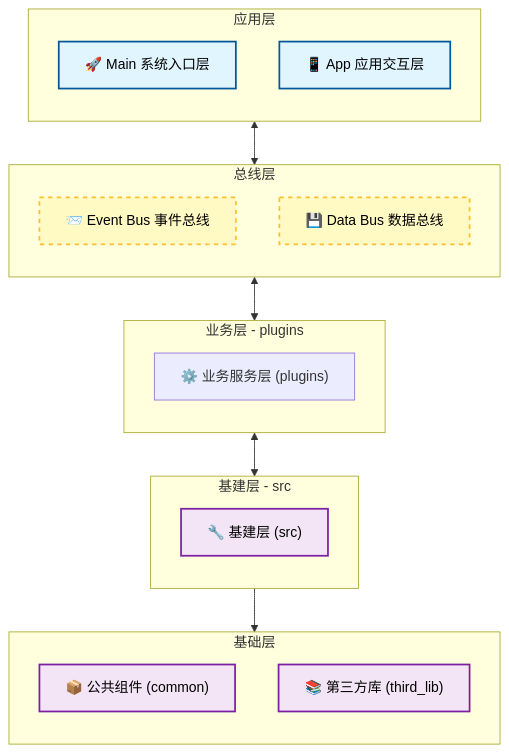
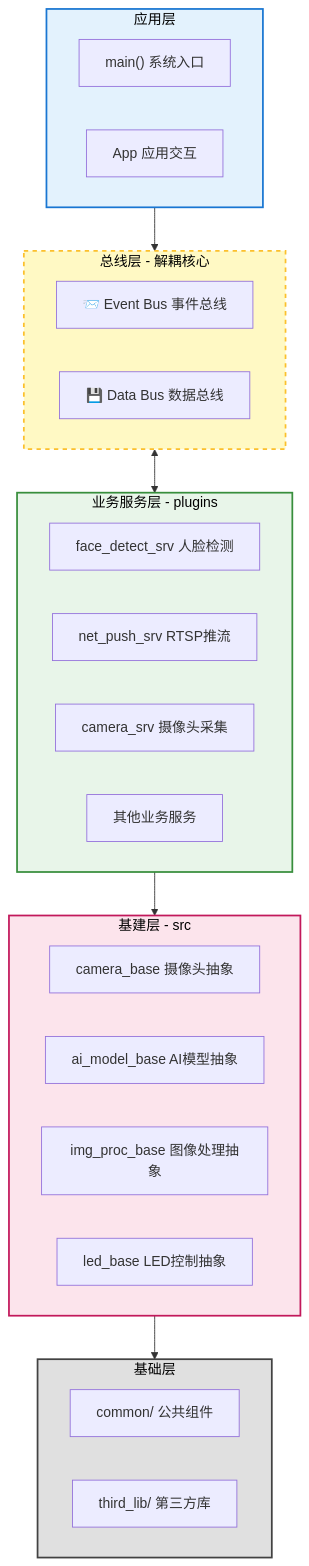
One commit to zhihong1469/plug-lens changed the first of 3 diagrams in docs/architecture.md. Above: the diagram before and after it, drawn with Mermaid. The commit also changed other lines of this file and 22 other files, not shown here.

````diff
--- a/docs/architecture.md
+++ b/docs/architecture.md
@@ -20,57 +23,64 @@
 ```mermaid
 flowchart TD
-    %% 1. 定义样式
-    classDef layer fill:#e1f5fe,stroke:#01579b,stroke-width:2px,color:#000;
-    classDef bus fill:#fff9c4,stroke:#fbc02d,stroke-width:2px,color:#000,stroke-dasharray: 5 5;
-    classDef core fill:#f3e5f5,stroke:#7b1fa2,stroke-width:2px,color:#000;
+    %% 样式定义
+    classDef appLayer fill:#e3f2fd,stroke:#1976d2,stroke-width:2px,color:#000;
+    classDef busLayer fill:#fff9c4,stroke:#fbc02d,stroke-width:2px,color:#000,stroke-dasharray: 5 5;
+    classDef serviceLayer fill:#e8f5e9,stroke:#388e3c,stroke-width:2px,color:#000;
+    classDef infraLayer fill:#fce4ec,stroke:#c2185b,stroke-width:2px,color:#000;
+    classDef baseLayer fill:#e0e0e0,stroke:#424242,stroke-width:2px,color:#000;
 
-    %% 2. 定义节点
-    A["🚀 Main 系统入口层"]
-    B["📱 App 应用交互层"]
-    C["📨 Event Bus 事件总线"]
-    Z["⚙️ 业务服务层 (plugins)"]
-    D["💾 Data Bus 数据总线"]
-    E["🔧 基建层 (src)"]
-    F["📦 公共组件 (common)"]
-    G["📚 第三方库 (third_lib)"]
+    %% 应用层 (Application Layer)
+    subgraph AppLayer [应用层]
+        direction LR
+        A1["main() 系统入口"]
+        A2["App 应用交互"]
+    end
+    
+    %% 总线层 (Bus Layer) - 核心解耦层
+    subgraph BusLayer [总线层 - 解耦核心]
+        direction LR
+        B1["📨 Event Bus 事件总线"]
+        B2["💾 Data Bus 数据总线"]
+    end
+    
+    %% 业务服务层 (Service Layer)
+    subgraph ServiceLayer [业务服务层 - plugins]
+        direction LR
+        S1["face_detect_srv 人脸检测"]
+        S2["net_push_srv RTSP推流"]
+        S3["camera_srv 摄像头采集"]
+        S4["其他业务服务"]
+    end
+    
+    %% 基建层 (Infrastructure Layer)
+    subgraph InfraLayer [基建层 - src]
+        direction LR
+        I1["camera_base 摄像头抽象"]
+        I2["ai_model_base AI模型抽象"]
+        I3["img_proc_base 图像处理抽象"]
+        I4["led_base LED控制抽象"]
+    end
+    
+    %% 基础层 (Foundation Layer)
+    subgraph BaseLayer [基础层]
+        direction LR
+        F1["common/ 公共组件"]
+        F2["third_lib/ 第三方库"]
+    end
+    
+    %% 连接关系：严格单向依赖
+    AppLayer --> BusLayer
+    BusLayer <--> ServiceLayer
+    ServiceLayer --> InfraLayer
+    InfraLayer --> BaseLayer
+    
+    %% 应用样式
+    class AppLayer appLayer;
+    class BusLayer busLayer;
+    class ServiceLayer serviceLayer;
+    class InfraLayer infraLayer;
+    class BaseLayer baseLayer;
+    
+    %% 标注解耦关系
 
-    %% 3. 定义子图（逻辑分组）
-    subgraph Application [应用层]
-        direction TB
-        A
-        B
-    end
-
-    subgraph Business [业务层 - plugins]
-        direction TB
-        Z
-    end
-
-    subgraph Infrastructure [基建层 - src]
-        direction TB
-        E
-    end
-
-    subgraph Foundation [基础层]
-        direction TB
-        F
-        G
-    end
-
-    subgraph Bus [总线层]
-        direction TB
-        C
-        D
-    end
-
-    %% 4. 连接关系
-    Application <--> Bus
-    Bus <--> Business
-    Business <--> Infrastructure
-    Infrastructure --> Foundation
-
-    %% 5. 应用样式
-    class A,B layer;
-    class C,D bus;
-    class E,F,G core;
 ```
````
